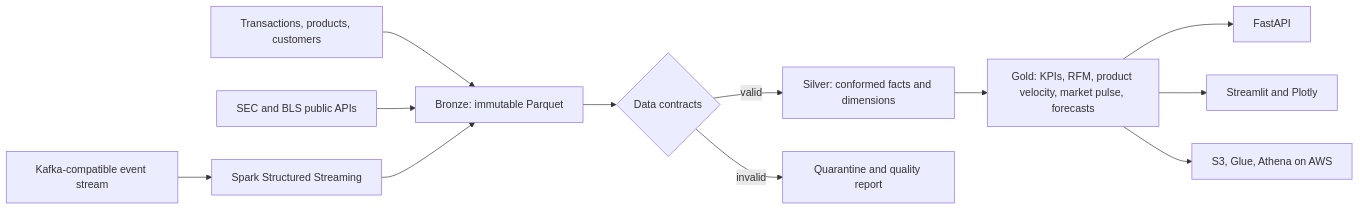
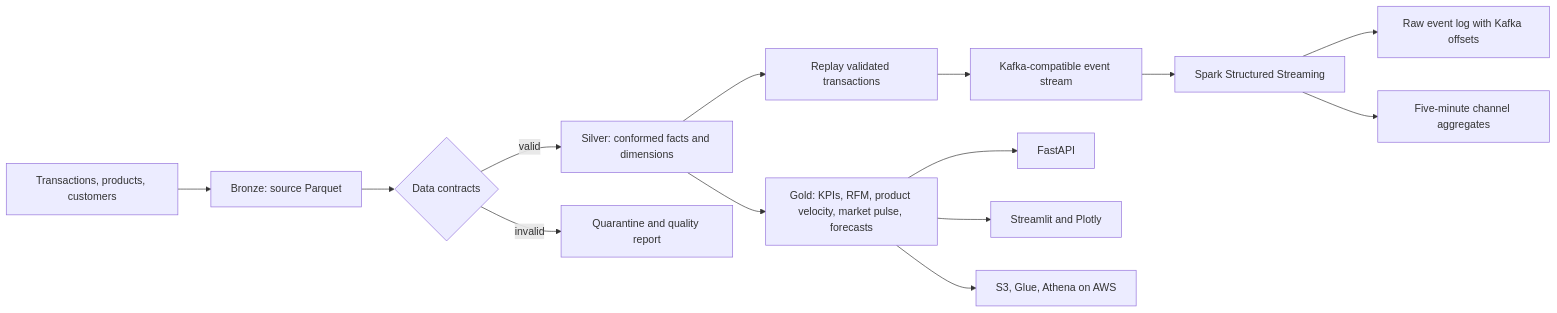
The diagram in README.md (akshayajay/merchmind), drawn with Mermaid before and after one commit. The commit also changed other lines of this file and 16 other files, not shown here.

Commit message:
Implement and verify Kafka Spark streaming pipeline

````diff
--- a/README.md
+++ b/README.md
@@ -20,14 +20,16 @@
 ```mermaid
 flowchart LR
-    A["Transactions, products, customers"] --> B["Bronze: immutable Parquet"]
-    P["SEC and BLS public APIs"] --> B
-    K["Kafka-compatible event stream"] --> S["Spark Structured Streaming"]
-    S --> B
+    A["Transactions, products, customers"] --> B["Bronze: source Parquet"]
     B --> Q{"Data contracts"}
     Q -->|valid| C["Silver: conformed facts and dimensions"]
     Q -->|invalid| X["Quarantine and quality report"]
     C --> G["Gold: KPIs, RFM, product velocity, market pulse, forecasts"]
+    C --> R["Replay validated transactions"]
+    R --> K["Kafka-compatible event stream"]
+    K --> S["Spark Structured Streaming"]
+    S --> RAW["Raw event log with Kafka offsets"]
+    S --> W["Five-minute channel aggregates"]
     G --> API["FastAPI"]
     G --> UI["Streamlit and Plotly"]
     G --> ATH["S3, Glue, Athena on AWS"]
 ```
````
